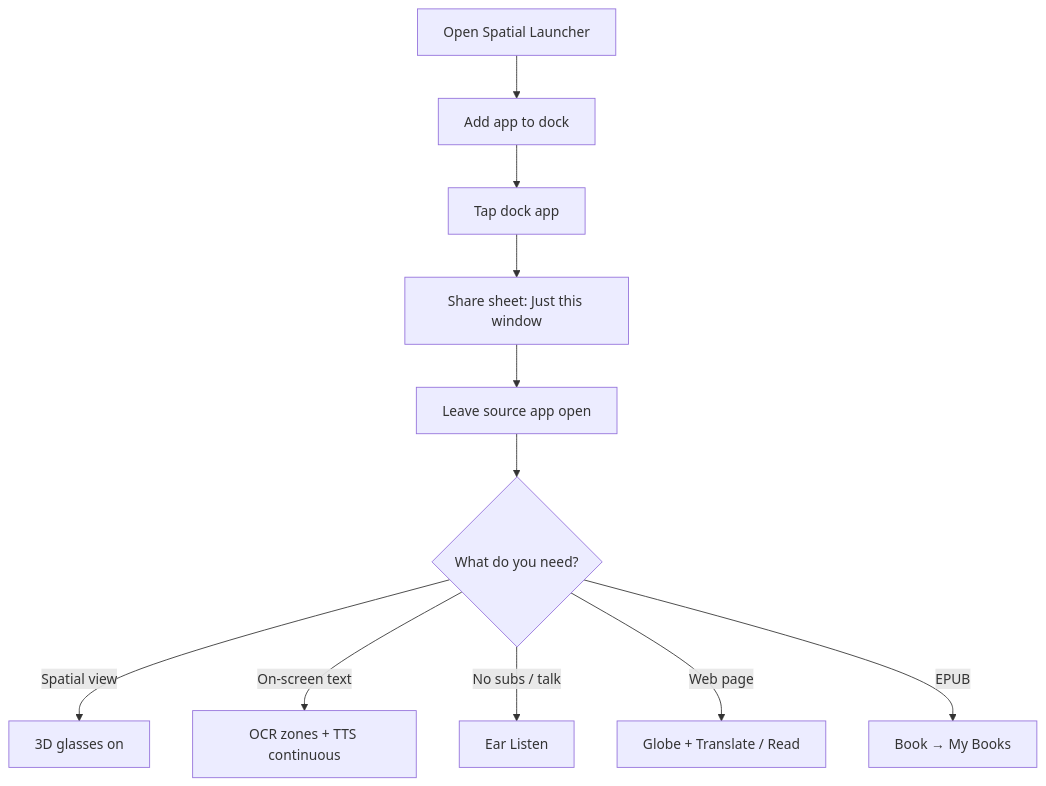
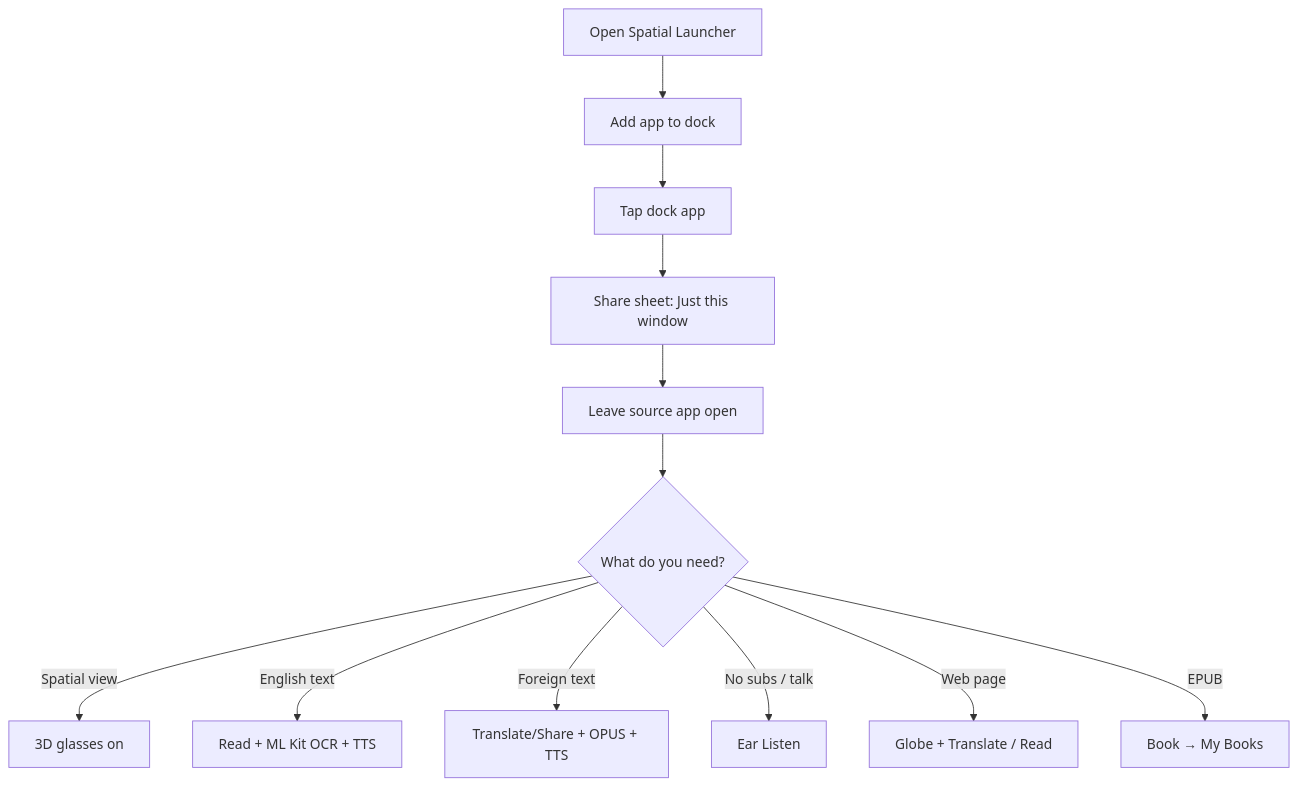
Before and after one commit to saogalaxy/SpatialLauncher: the diagram in docs/META_STORE.md, drawn with Mermaid. The commit also changed other lines of this file and 5 other files, not shown here.

````diff
--- a/docs/META_STORE.md
+++ b/docs/META_STORE.md
@@ -42,13 +44,14 @@
 ```mermaid
 flowchart TD
   A[Open Spatial Launcher] --> B[Add app to dock]
   B --> C[Tap dock app]
   C --> D[Share sheet: Just this window]
   D --> E[Leave source app open]
   E --> F{What do you need?}
   F -->|Spatial view| G[3D glasses on]
-  F -->|On-screen text| H[OCR zones + TTS continuous]
+  F -->|English text| H[Read + ML Kit OCR + TTS]
+  F -->|Foreign text| H2[Translate/Share + OPUS + TTS]
   F -->|No subs / talk| I[Ear Listen]
   F -->|Web page| J[Globe + Translate / Read]
   F -->|EPUB| K[Book → My Books]
 ```
````
